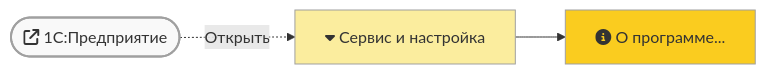
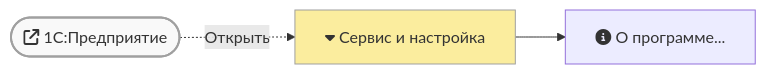
Before and after one commit to lugovoe/manual: the first of 3 diagrams in faq/crash/main-white-window.md, drawn with Mermaid. The commit also changed other lines of this file, not shown here.

````diff
--- a/faq/crash/main-white-window.md
+++ b/faq/crash/main-white-window.md
@@ -4,10 +4,10 @@
 ``` mermaid
 graph LR
   b1([fa:fa-external-link 1С:Предприятие]) -.-> |Открыть| m1
   m1[fa:fa-caret-down Сервис и настройка] --> m2
   m2[fa:fa-info-circle О программе...]
   style b1 fill:#f9f9f9,stroke:#a0a0a0,stroke-width:2px
-  classDef default fill:#facc1f,stroke:#a0a0a0,stroke-width:1px
+  %%classDef default fill:#facc1f,stroke:#a0a0a0,stroke-width:1px
   classDef mainmenu fill:#fbed9e,stroke:#a0a0a0,stroke-width:1px
   class m1 mainmenu
 ```
````
